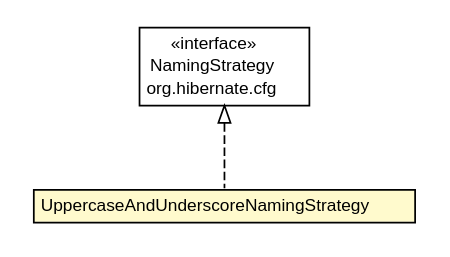
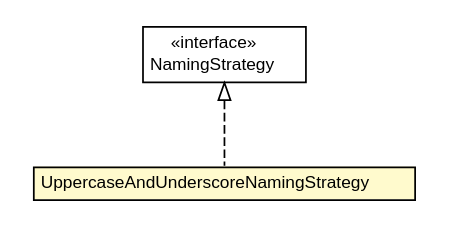
The diagram in dddlib-persistence/dddlib-persistence-hibernate/apidocs/org/dayatang/persistence/hibernate/UppercaseAndUnderscoreNamingStrategy.dot (dayatang/dddlib), drawn with Graphviz before and after one commit. The commit also changed 114 other files, not shown here.

```diff
--- a/dddlib-persistence/dddlib-persistence-hibernate/apidocs/org/dayatang/persistence/hibernate/UppercaseAndUnderscoreNamingStrategy.dot
+++ b/dddlib-persistence/dddlib-persistence-hibernate/apidocs/org/dayatang/persistence/hibernate/UppercaseAndUnderscoreNamingStrategy.dot
@@ -1,28 +1,27 @@
 #!/usr/local/bin/dot
 #
 # Class diagram 
 # Generated by UMLGraph version R5_6_6-8-g8d7759 (http://www.umlgraph.org/)
 #
 
 digraph G {
 	edge [fontname="Helvetica",fontsize=10,labelfontname="Helvetica",labelfontsize=10];
 	node [fontname="Helvetica",fontsize=10,shape=plaintext];
 	nodesep=0.25;
 	ranksep=0.5;
 	// org.dayatang.persistence.hibernate.UppercaseAndUnderscoreNamingStrategy
-	c75 [label=<<table title="org.dayatang.persistence.hibernate.UppercaseAndUnderscoreNamingStrategy" border="0" cellborder="1" cellspacing="0" cellpadding="2" port="p" bgcolor="lemonChiffon" href="./UppercaseAndUnderscoreNamingStrategy.html">
+	c15 [label=<<table title="org.dayatang.persistence.hibernate.UppercaseAndUnderscoreNamingStrategy" border="0" cellborder="1" cellspacing="0" cellpadding="2" port="p" bgcolor="lemonChiffon" href="./UppercaseAndUnderscoreNamingStrategy.html">
 		<tr><td><table border="0" cellspacing="0" cellpadding="1">
 <tr><td align="center" balign="center"> UppercaseAndUnderscoreNamingStrategy </td></tr>
 		</table></td></tr>
 		</table>>, URL="./UppercaseAndUnderscoreNamingStrategy.html", fontname="Helvetica", fontcolor="black", fontsize=10.0];
 	//org.dayatang.persistence.hibernate.UppercaseAndUnderscoreNamingStrategy implements org.hibernate.cfg.NamingStrategy
-	c78:p -> c75:p [dir=back,arrowtail=empty,style=dashed];
+	c18:p -> c15:p [dir=back,arrowtail=empty,style=dashed];
 	// org.hibernate.cfg.NamingStrategy
-	c78 [label=<<table title="org.hibernate.cfg.NamingStrategy" border="0" cellborder="1" cellspacing="0" cellpadding="2" port="p" href="http://java.sun.com/j2se/1.4.2/docs/api/org/hibernate/cfg/NamingStrategy.html">
+	c18 [label=<<table title="org.hibernate.cfg.NamingStrategy" border="0" cellborder="1" cellspacing="0" cellpadding="2" port="p">
 		<tr><td><table border="0" cellspacing="0" cellpadding="1">
 <tr><td align="center" balign="center"> &#171;interface&#187; </td></tr>
 <tr><td align="center" balign="center"> NamingStrategy </td></tr>
-<tr><td align="center" balign="center"> org.hibernate.cfg </td></tr>
 		</table></td></tr>
-		</table>>, URL="http://java.sun.com/j2se/1.4.2/docs/api/org/hibernate/cfg/NamingStrategy.html", fontname="Helvetica", fontcolor="black", fontsize=10.0];
+		</table>>, URL="null", fontname="Helvetica", fontcolor="black", fontsize=10.0];
 }
```
